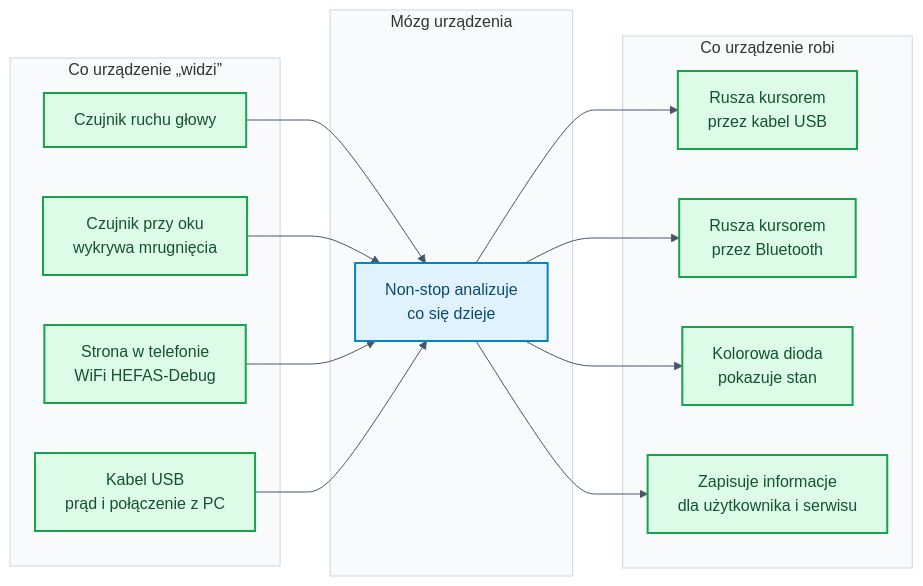
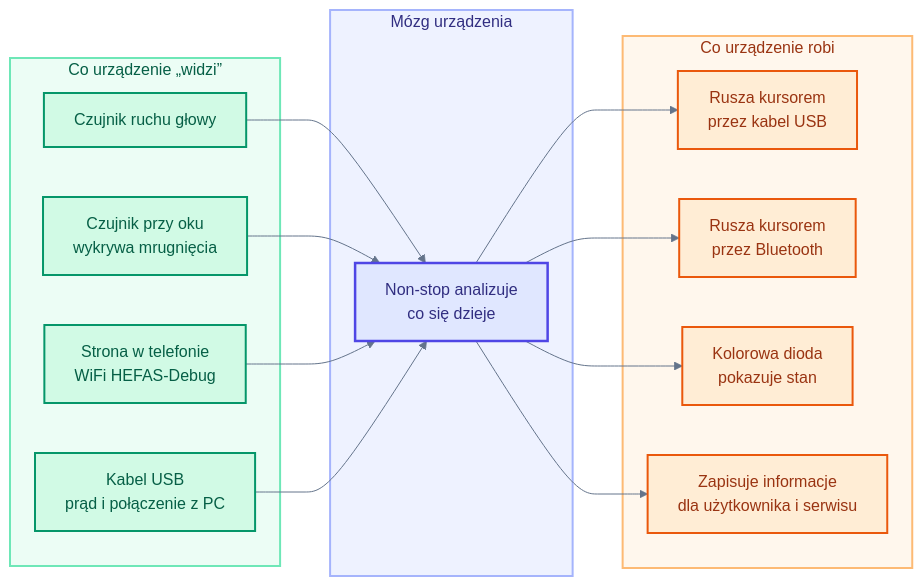
The first of 10 diagrams in README.md (bartkadres-ai/HEFAS-4.0), drawn with Mermaid before and after one commit. The commit also changed other lines of this file, not shown here.

````diff
--- a/README.md
+++ b/README.md
@@ -287,35 +287,40 @@
 ```mermaid
-%%{init: { 'theme': 'default', 'themeVariables': { 'darkMode': false, 'background': '#ffffff', 'mainBkg': '#ffffff', 'primaryColor': '#ffffff', 'secondaryColor': '#ffffff', 'tertiaryColor': '#ffffff', 'primaryTextColor': '#1e293b', 'lineColor': '#475569', 'clusterBkg': '#f8fafc', 'clusterBorder': '#cbd5e1', 'edgeLabelBackground': '#ffffff', 'noteBkgColor': '#f8fafc', 'noteTextColor': '#475569' }}}%%
+%%{init: { 'theme': 'default', 'themeVariables': { 'darkMode': false, 'background': '#ffffff', 'mainBkg': '#ffffff', 'primaryColor': '#ffffff', 'secondaryColor': '#ffffff', 'tertiaryColor': '#ffffff', 'primaryTextColor': '#1e293b', 'secondaryTextColor': '#334155', 'lineColor': '#64748b', 'primaryBorderColor': '#94a3b8', 'clusterBkg': '#f1f5f9', 'clusterBorder': '#94a3b8', 'edgeLabelBackground': '#ffffff', 'noteBkgColor': '#f8fafc', 'noteTextColor': '#475569', 'fontFamily': 'arial' }}}%%
 flowchart LR
     subgraph WEJ["Co urządzenie „widzi”"]
         IMU["Czujnik ruchu głowy"]
         IR["Czujnik przy oku<br/>wykrywa mrugnięcia"]
         WEB["Strona w telefonie<br/>WiFi HEFAS-Debug"]
         USBIN["Kabel USB<br/>prąd i połączenie z PC"]
     end
 
     subgraph MCU["Mózg urządzenia"]
         LOOP["Non-stop analizuje<br/>co się dzieje"]
     end
 
     subgraph WYJ["Co urządzenie robi"]
         HID["Rusza kursorem<br/>przez kabel USB"]
         BLE["Rusza kursorem<br/>przez Bluetooth"]
         LED["Kolorowa dioda<br/>pokazuje stan"]
         LOG["Zapisuje informacje<br/>dla użytkownika i serwisu"]
     end
 
     IMU --> LOOP
     IR --> LOOP
     WEB --> LOOP
     USBIN --> LOOP
     LOOP --> HID
     LOOP --> BLE
     LOOP --> LED
     LOOP --> LOG
 
-    classDef io fill:#dcfce7,stroke:#16a34a,stroke-width:2px,color:#14532d
-    classDef core fill:#e0f2fe,stroke:#0284c7,stroke-width:2px,color:#0c4a6e
-    class IMU,IR,WEB,USBIN,HID,BLE,LED,LOG io
+    classDef input fill:#d1fae5,stroke:#059669,stroke-width:2px,color:#065f46
+    classDef core fill:#e0e7ff,stroke:#4f46e5,stroke-width:2.5px,color:#312e81
+    classDef output fill:#ffedd5,stroke:#ea580c,stroke-width:2px,color:#9a3412
+    class IMU,IR,WEB,USBIN input
     class LOOP core
+    class HID,BLE,LED,LOG output
+    style WEJ fill:#ecfdf5,stroke:#6ee7b7,stroke-width:2px,color:#065f46
+    style MCU fill:#eef2ff,stroke:#a5b4fc,stroke-width:2px,color:#312e81
+    style WYJ fill:#fff7ed,stroke:#fdba74,stroke-width:2px,color:#9a3412
 ```
````
